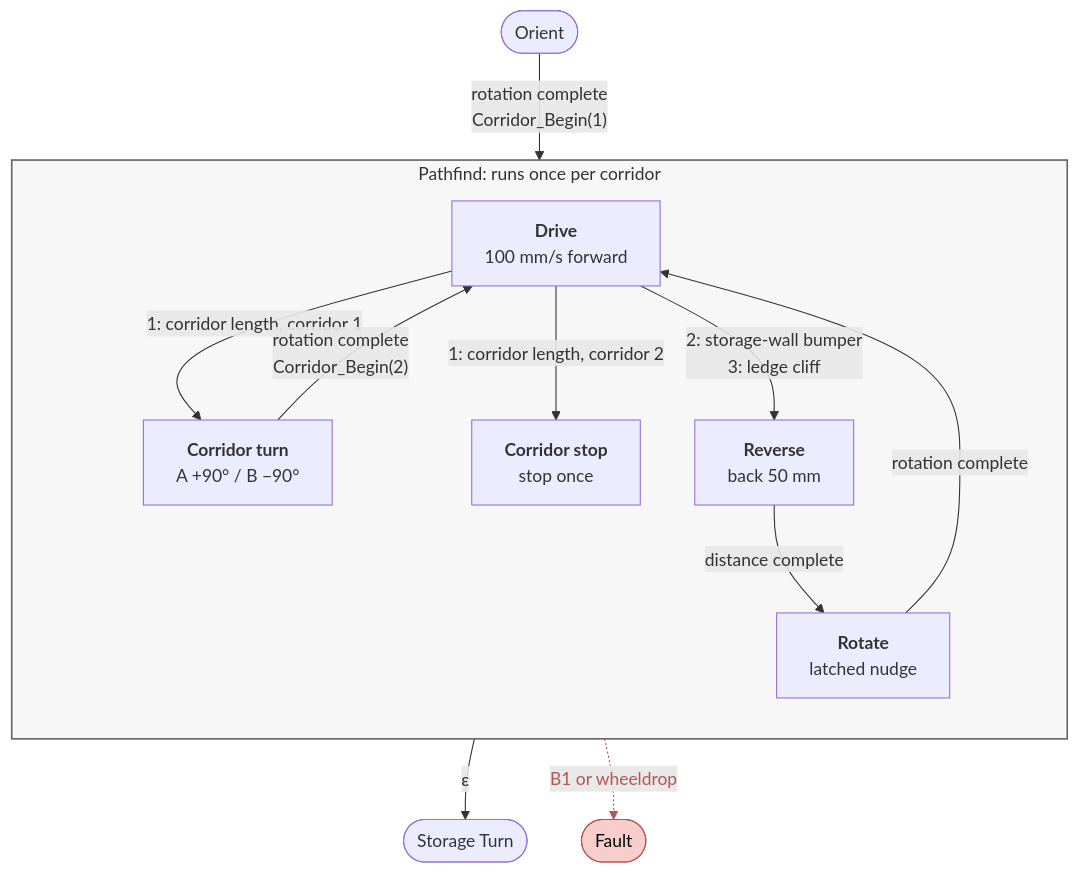
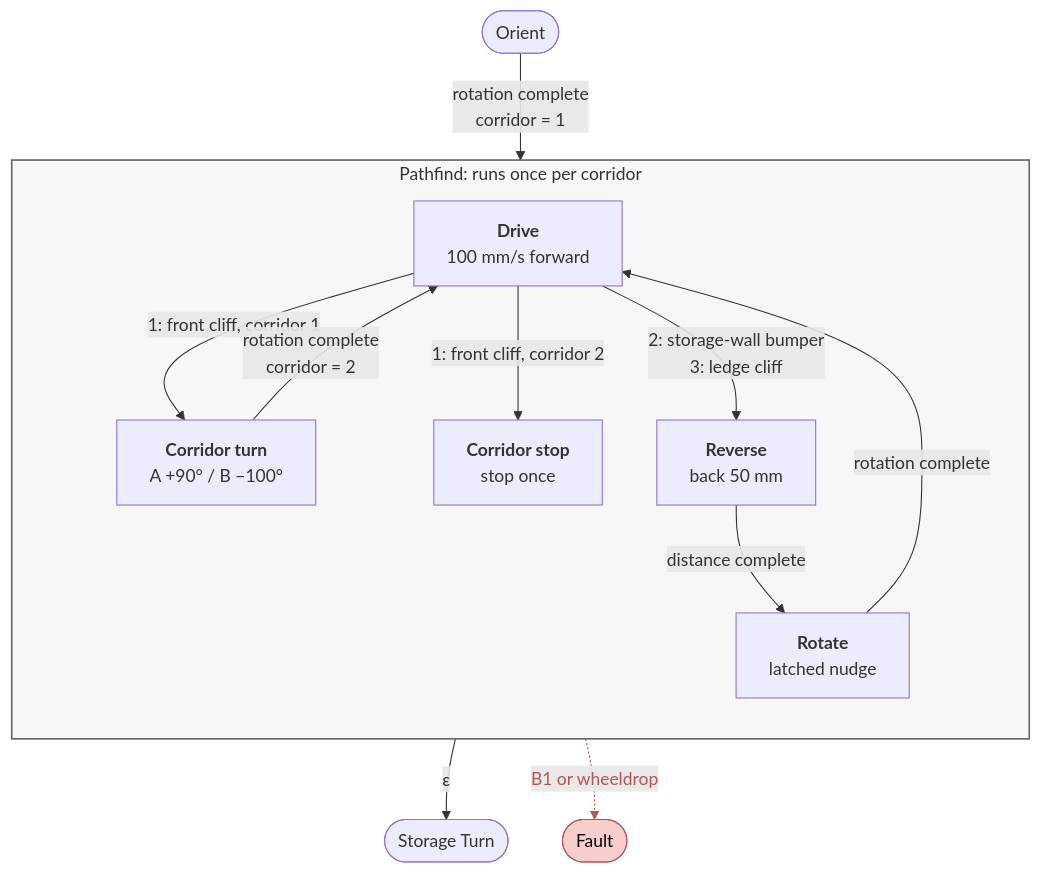
Before and after one commit to hiten011/MicroControllingProject: the diagram in docs/pathfind.md, drawn with Mermaid. The commit also changed other lines of this file and 2 other files, not shown here.

````diff
--- a/docs/pathfind.md
+++ b/docs/pathfind.md
@@ -7,30 +7,30 @@
 ```mermaid
 flowchart TB
     orient(["Orient"])
     fault(["Fault"])
     storage(["Storage Turn"])
 
     subgraph pathfind["Pathfind: runs once per corridor"]
         direction TB
         drive["<b>Drive</b><br/>100 mm/s forward"]
-        turn["<b>Corridor turn</b><br/>A +90° / B −90°"]
+        turn["<b>Corridor turn</b><br/>A +90° / B −100°"]
         stop["<b>Corridor stop</b><br/>stop once"]
         reverse["<b>Reverse</b><br/>back 50 mm"]
         rotate["<b>Rotate</b><br/>latched nudge"]
     end
 
-    orient -->|"rotation complete<br/>Corridor_Begin(1)"| drive
-    drive -->|"1: corridor length, corridor 1"| turn
-    turn -->|"rotation complete<br/>Corridor_Begin(2)"| drive
-    drive -->|"1: corridor length, corridor 2"| stop
+    orient -->|"rotation complete<br/>corridor = 1"| drive
+    drive -->|"1: front cliff, corridor 1"| turn
+    turn -->|"rotation complete<br/>corridor = 2"| drive
+    drive -->|"1: front cliff, corridor 2"| stop
     stop -->|"ε"| storage
     drive -->|"2: storage-wall bumper<br/>3: ledge cliff"| reverse
     reverse -->|"distance complete"| rotate
     rotate -->|"rotation complete"| drive
     pathfind -.->|"B1 or wheeldrop"| fault
 
     classDef red fill:#f8cecc,stroke:#b85450,color:#000
     class fault red
     style pathfind fill:#f7f7f7,stroke:#666,stroke-width:1.5px
     linkStyle 8 stroke:#b85450,color:#b85450
 ```
````
